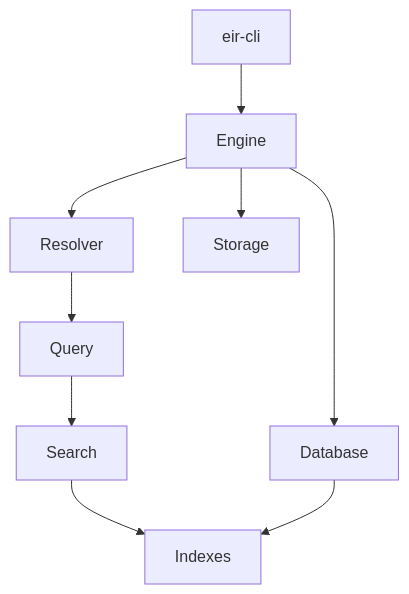
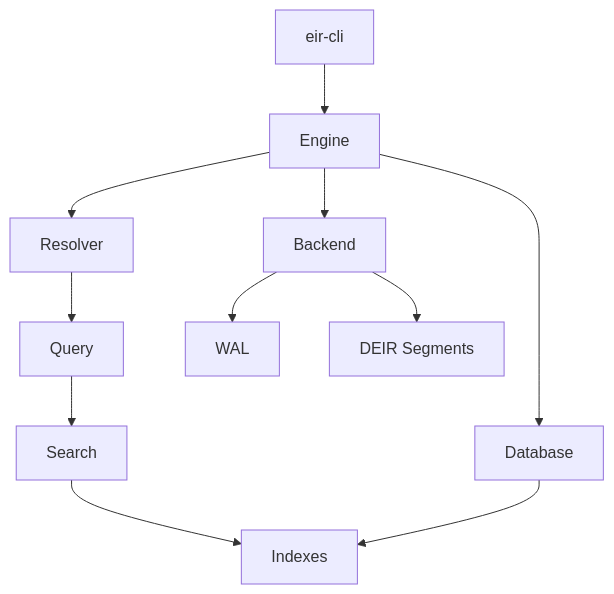
One commit to HandsOnDigits/EntityIdentifierResolver changed the second of 3 diagrams in README.md. Above: the diagram before and after it, drawn with Mermaid. The commit also changed other lines of this file, not shown here.

````diff
--- a/README.md
+++ b/README.md
@@ -19,26 +198,32 @@
 ```mermaid
 flowchart TB
     CLI["eir-cli"]
 
     ENGINE["Engine"]
 
-    DB["Database"]
+    DATABASE["Database"]
     RESOLVER["Resolver"]
-    STORAGE["Storage"]
+    BACKEND["Backend"]
 
     QUERY["Query"]
     SEARCH["Search"]
     INDEXES["Indexes"]
 
+    WAL["WAL"]
+    SEGMENTS["DEIR Segments"]
+
     CLI --> ENGINE
 
-    ENGINE --> DB
+    ENGINE --> DATABASE
     ENGINE --> RESOLVER
-    ENGINE --> STORAGE
+    ENGINE --> BACKEND
 
     RESOLVER --> QUERY
     QUERY --> SEARCH
     SEARCH --> INDEXES
 
-    DB --> INDEXES
+    BACKEND --> WAL
+    BACKEND --> SEGMENTS
+
+    DATABASE --> INDEXES
 ```
````
